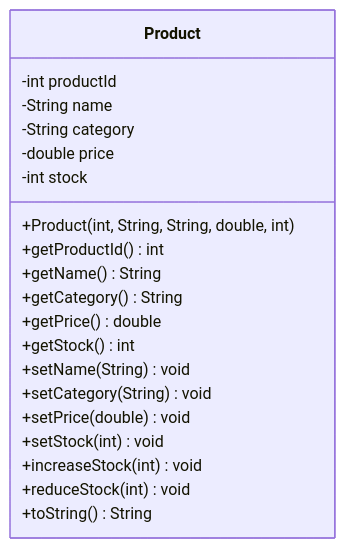
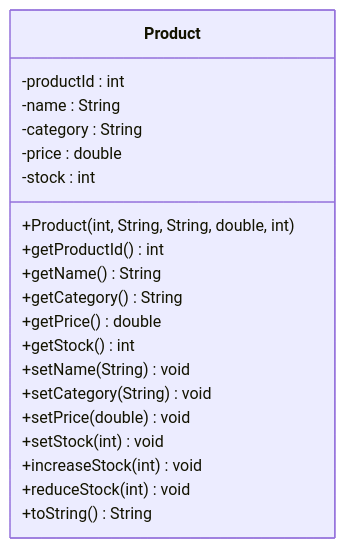
Before and after one commit to jayani-athukorala/java-oop-exercise: the fourth of 5 diagrams in README.md, drawn with Mermaid. The commit also changed other lines of this file, not shown here.

Commit message:
uml diagram

````diff
--- a/README.md
+++ b/README.md
@@ -81,23 +81,23 @@
 ```mermaid
 classDiagram
     class Product {
-        -int productId
-        -String name
-        -String category
-        -double price
-        -int stock
+        -productId : int
+        -name : String
+        -category : String
+        -price : double
+        -stock : int
         +Product(int, String, String, double, int)
         +getProductId() int
         +getName() String
         +getCategory() String
         +getPrice() double
         +getStock() int
         +setName(String) void
         +setCategory(String) void
         +setPrice(double) void
         +setStock(int) void
         +increaseStock(int) void
         +reduceStock(int) void
         +toString() String
     }
 ```
````
